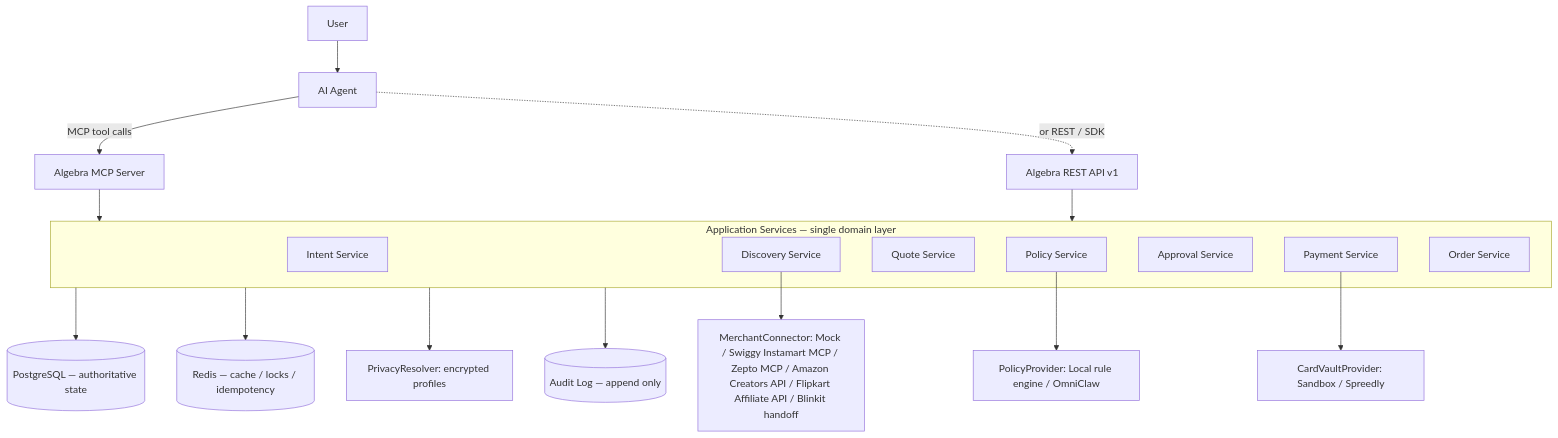
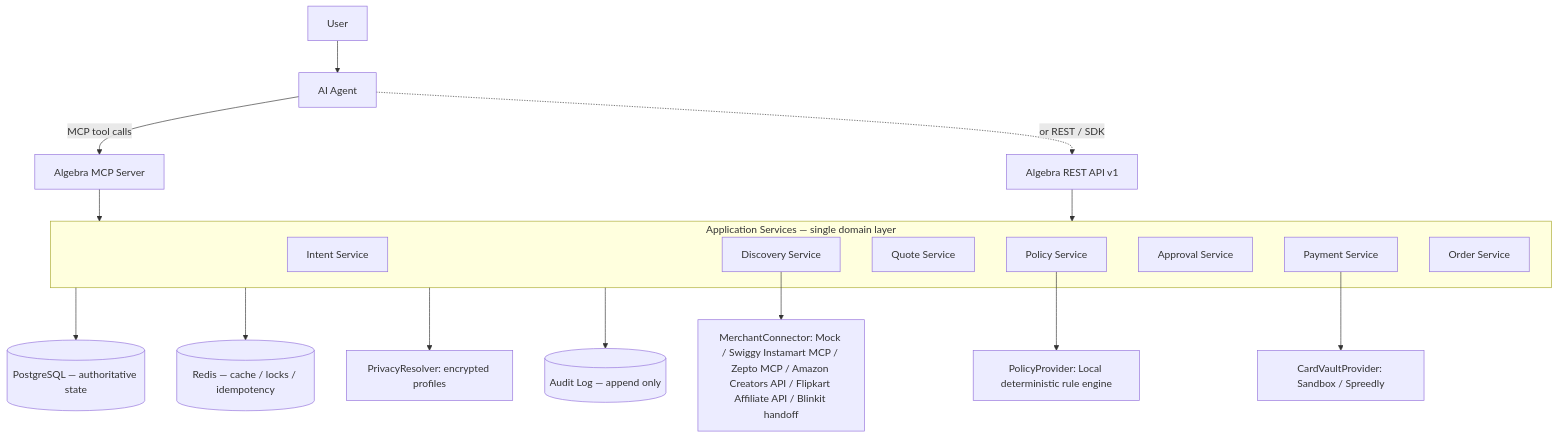
The first of 3 diagrams in docs/ARCHITECTURE.md (anshitraj/algebra), drawn with Mermaid before and after one commit. The commit also changed 184 other files, not shown here.

````diff
--- a/docs/ARCHITECTURE.md
+++ b/docs/ARCHITECTURE.md
@@ -7,24 +7,24 @@
 ```mermaid
 flowchart TD
     U[User] --> AG[AI Agent]
     AG -->|MCP tool calls| MCP[Algebra MCP Server]
     AG -.->|or REST / SDK| API[Algebra REST API v1]
     MCP --> APP
     API --> APP
     subgraph APP[Application Services — single domain layer]
         INT[Intent Service]
         DISC[Discovery Service]
         QUOTE[Quote Service]
         POL[Policy Service]
         APPR[Approval Service]
         PAY[Payment Service]
         ORD[Order Service]
     end
     APP --> PG[(PostgreSQL — authoritative state)]
     APP --> RD[(Redis — cache / locks / idempotency)]
-    POL --> PP[PolicyProvider: Local rule engine / OmniClaw]
+    POL --> PP[PolicyProvider: Local deterministic rule engine]
     PAY --> VP[CardVaultProvider: Sandbox / Spreedly]
     APP --> PR[PrivacyResolver: encrypted profiles]
     DISC --> MC[MerchantConnector: Mock / Swiggy Instamart MCP / Zepto MCP / Amazon Creators API / Flipkart Affiliate API / Blinkit handoff]
     APP --> AUD[(Audit Log — append only)]
 ```
````
